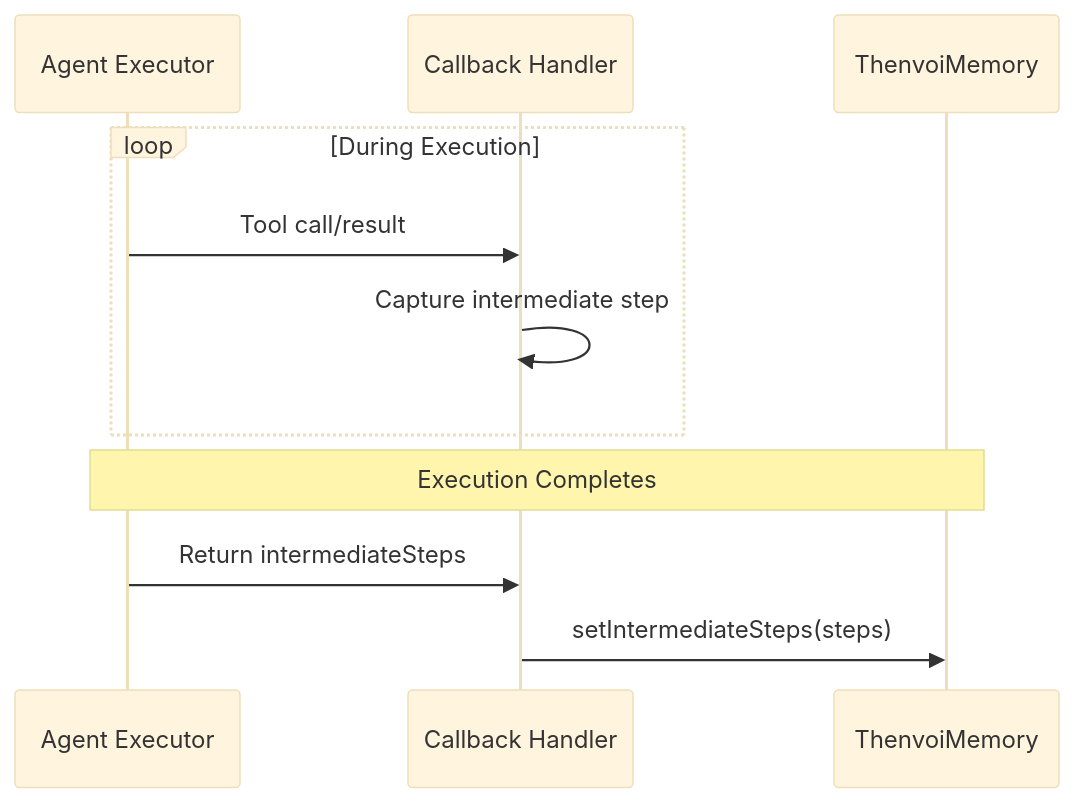
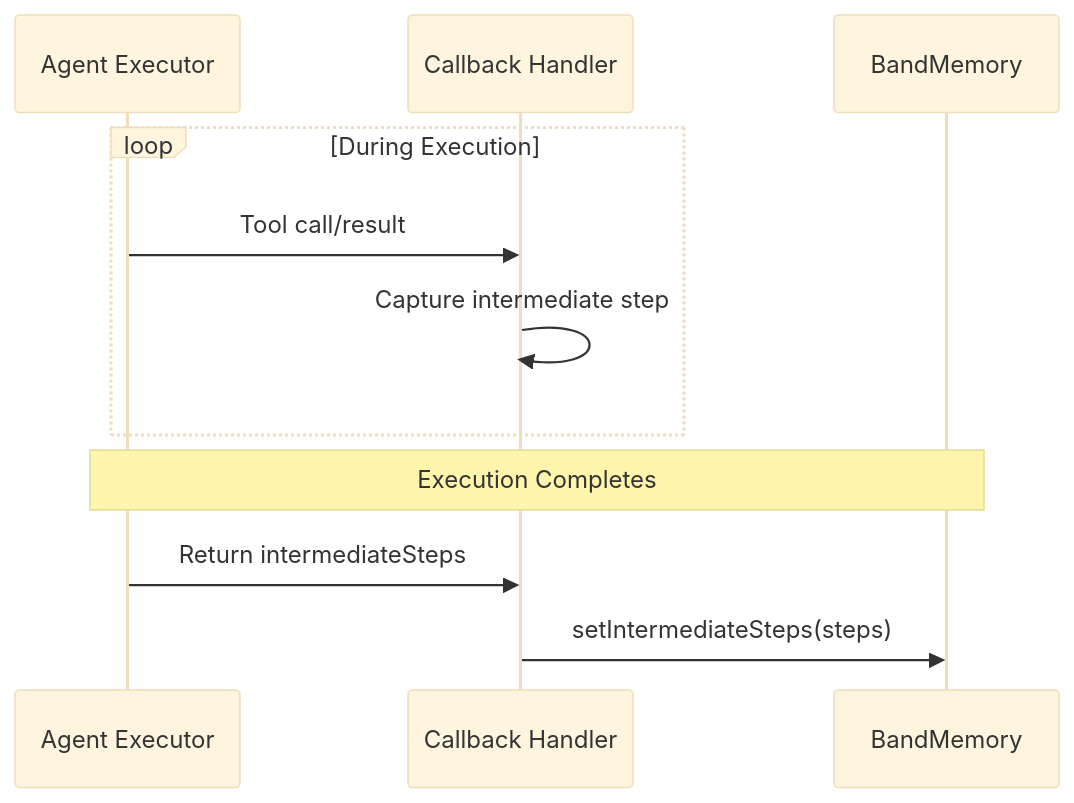
The third of 10 diagrams in docs/architecture/agent/memory/memory_system_guide.md (thenvoi/n8n-nodes-thenvoi), drawn with Mermaid (base theme) before and after one commit. The commit also changed other lines of this file and 157 other files, not shown here.

First line of the commit message:
feat!: rename organization from Thenvoi to Band

````diff
--- a/docs/architecture/agent/memory/memory_system_guide.md
+++ b/docs/architecture/agent/memory/memory_system_guide.md
@@ -82,15 +82,15 @@
 ```mermaid
 sequenceDiagram
     participant Executor as Agent Executor
     participant Callback as Callback Handler
-    participant TM as ThenvoiMemory
+    participant TM as BandMemory
 
     loop During Execution
         Executor->>Callback: Tool call/result
         Callback->>Callback: Capture intermediate step
     end
     
     Note over Executor,TM: Execution Completes
     Executor->>Callback: Return intermediateSteps
     Callback->>TM: setIntermediateSteps(steps)
 ```
````
